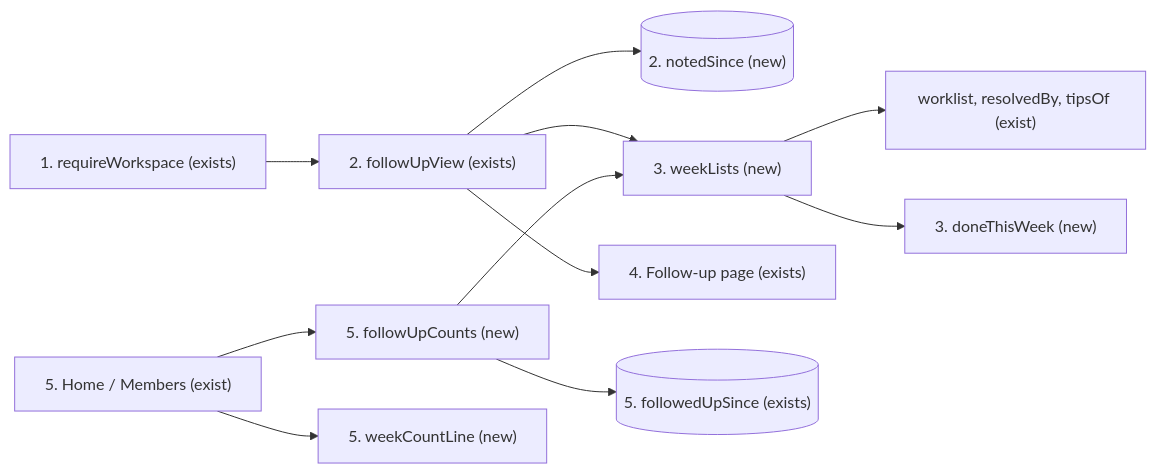
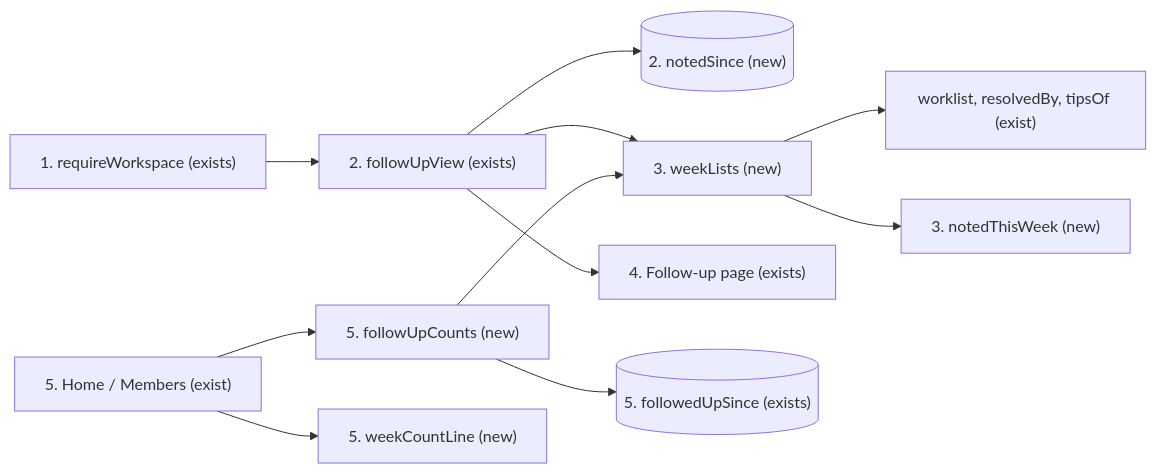
Before and after one commit to daniro-san/LAPTracker: the first of 2 diagrams in .specs/features/585-one-worklist/plan.md, drawn with Mermaid. The commit also changed other lines of this file and 21 other files, not shown here.

````diff
--- a/.specs/features/585-one-worklist/plan.md
+++ b/.specs/features/585-one-worklist/plan.md
@@ -32,13 +32,13 @@
 ```mermaid
 flowchart LR
     R["1. requireWorkspace (exists)"] --> F["2. followUpView (exists)"]
     F --> N[("2. notedSince (new)")]
     F --> W["3. weekLists (new)"]
     W --> WL["worklist, resolvedBy, tipsOf (exist)"]
-    W --> D["3. doneThisWeek (new)"]
+    W --> D["3. notedThisWeek (new)"]
     F --> P["4. Follow-up page (exists)"]
     H["5. Home / Members (exist)"] --> C["5. followUpCounts (new)"]
     C --> Q[("5. followedUpSince (exists)")]
     C --> W
     H --> L["5. weekCountLine (new)"]
 ```
````
